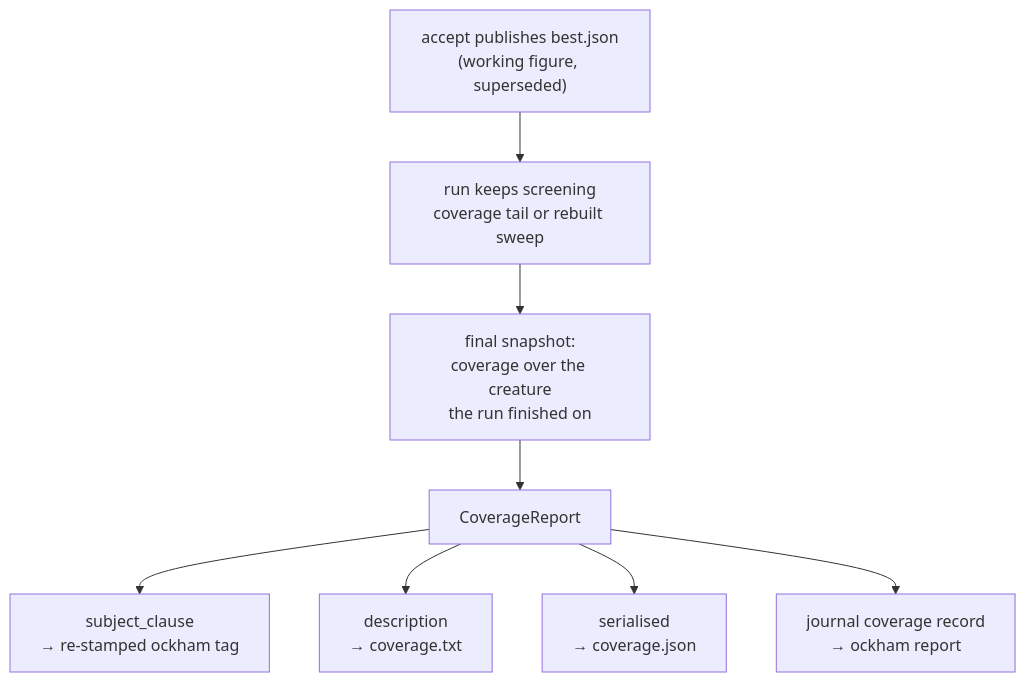
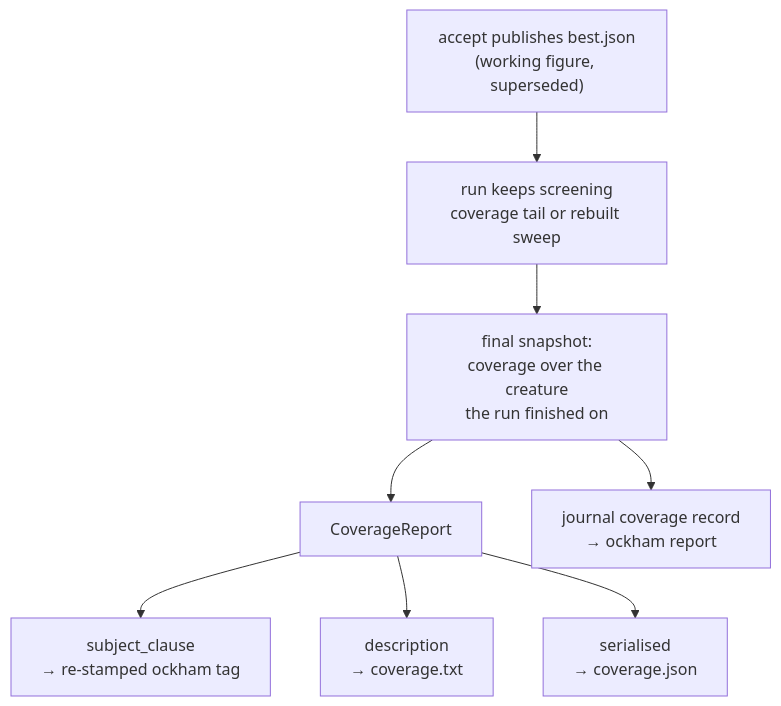
Diagram 14 of 23 in README.md (stSoftwareAU/NEAT-AI-Ockham), drawn with Mermaid before and after one commit. The commit also changed other lines of this file and 3 other files, not shown here.

````diff
--- a/README.md
+++ b/README.md
@@ -1531,10 +1533,10 @@
 ```mermaid
 flowchart TD
     A["accept publishes best.json<br/>(working figure, superseded)"] --> K["run keeps screening<br/>coverage tail or rebuilt sweep"]
     K --> F["final snapshot:<br/>coverage over the creature<br/>the run finished on"]
     F --> R["CoverageReport"]
     R --> S["subject_clause<br/>→ re-stamped ockham tag"]
     R --> D["description<br/>→ coverage.txt"]
     R --> J["serialised<br/>→ coverage.json"]
-    R --> V["journal coverage record<br/>→ ockham report"]
+    F --> V["journal coverage record<br/>→ ockham report"]
 ```
````
